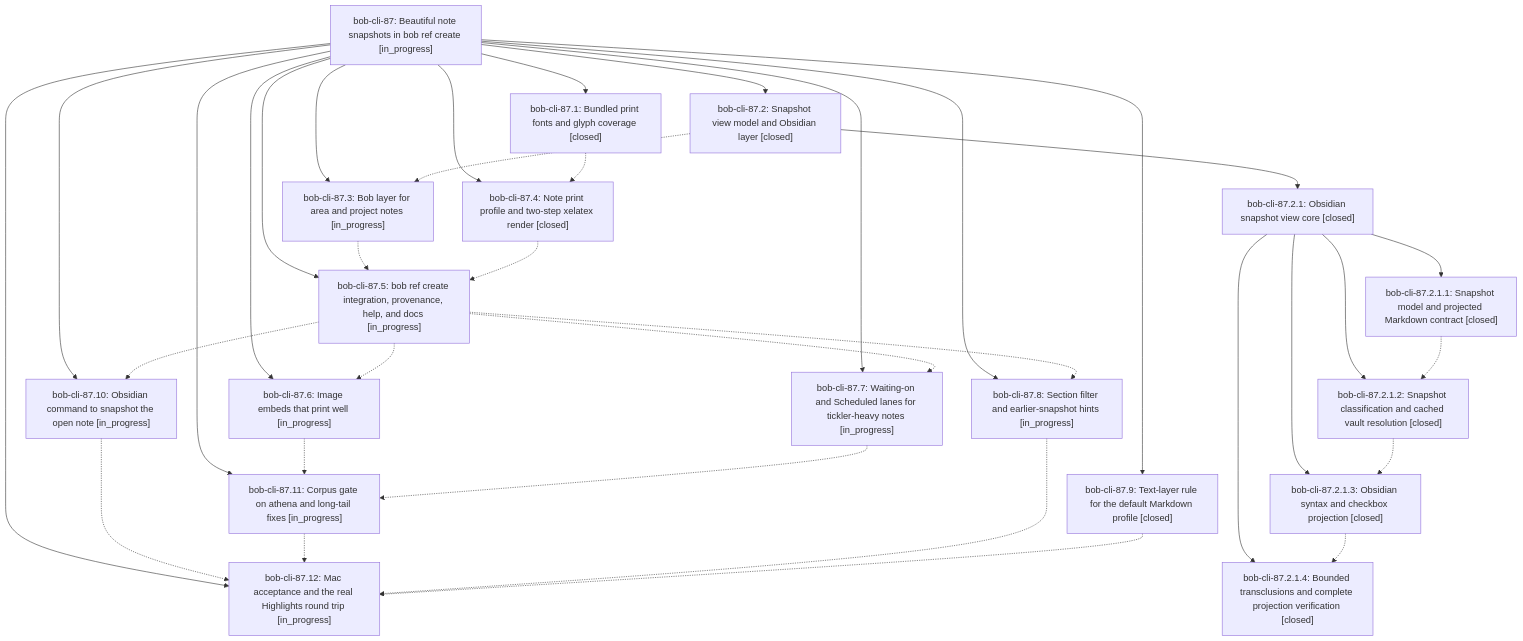
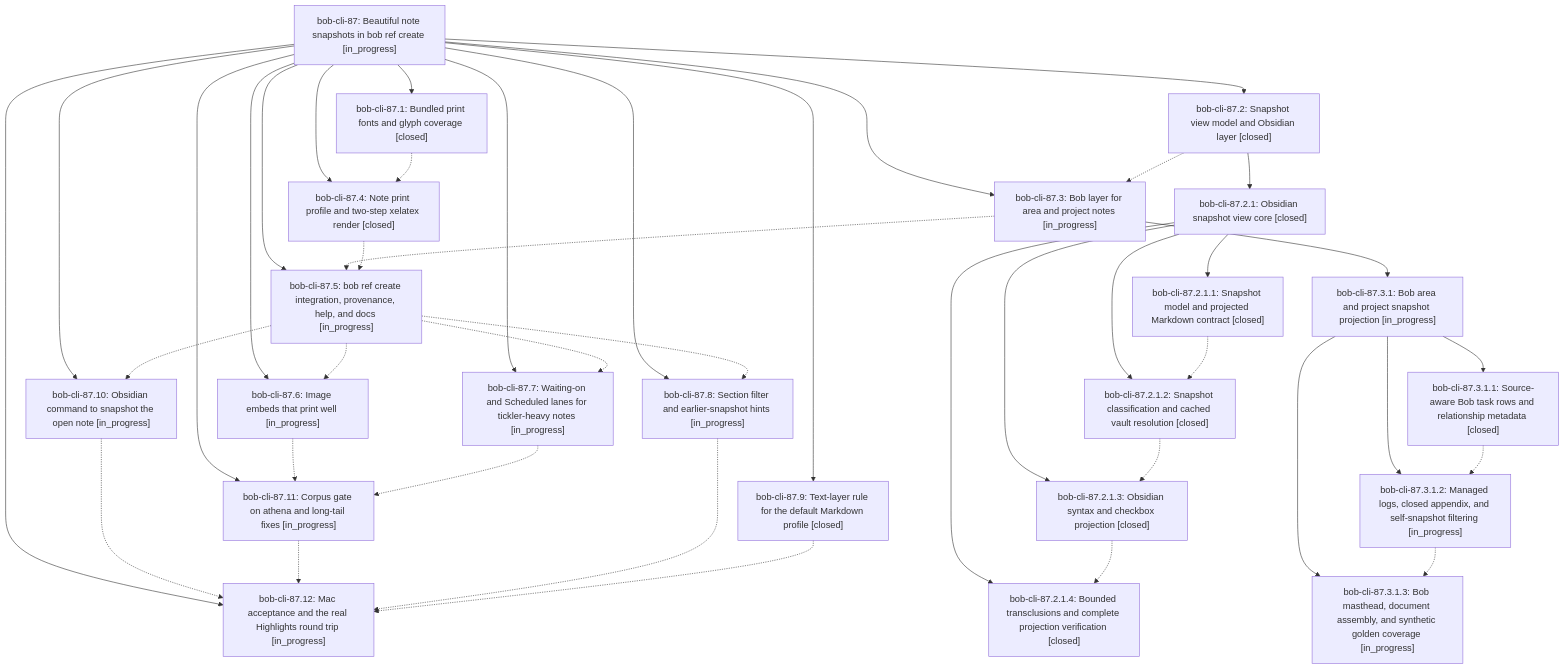
One commit to bobs-org/bob-cli--beads changed the diagram in pages/bob-cli-87/README.md. Above: the diagram before and after it, drawn with Mermaid. The commit also changed other lines of this file and 11 other files, not shown here.

First line of the commit message:
chore(beads): sync bead state and pages for bob-cli-87

````diff
--- a/pages/bob-cli-87/README.md
+++ b/pages/bob-cli-87/README.md
@@ -47,55 +51,65 @@
 ```mermaid
 flowchart TD
     n0["bob-cli-87: Beautiful note snapshots in bob ref create [in_progress]"]
     n1["bob-cli-87.1: Bundled print fonts and glyph coverage [closed]"]
     n2["bob-cli-87.10: Obsidian command to snapshot the open note [in_progress]"]
     n3["bob-cli-87.11: Corpus gate on athena and long-tail fixes [in_progress]"]
     n4["bob-cli-87.12: Mac acceptance and the real Highlights round trip [in_progress]"]
     n5["bob-cli-87.2: Snapshot view model and Obsidian layer [closed]"]
     n6["bob-cli-87.2.1: Obsidian snapshot view core [closed]"]
     n7["bob-cli-87.2.1.1: Snapshot model and projected Markdown contract [closed]"]
     n8["bob-cli-87.2.1.2: Snapshot classification and cached vault resolution [closed]"]
     n9["bob-cli-87.2.1.3: Obsidian syntax and checkbox projection [closed]"]
     n10["bob-cli-87.2.1.4: Bounded transclusions and complete projection verification [closed]"]
     n11["bob-cli-87.3: Bob layer for area and project notes [in_progress]"]
-    n12["bob-cli-87.4: Note print profile and two-step xelatex render [closed]"]
-    n13["bob-cli-87.5: bob ref create integration, provenance, help, and docs [in_progress]"]
-    n14["bob-cli-87.6: Image embeds that print well [in_progress]"]
-    n15["bob-cli-87.7: Waiting-on and Scheduled lanes for tickler-heavy notes [in_progress]"]
-    n16["bob-cli-87.8: Section filter and earlier-snapshot hints [in_progress]"]
-    n17["bob-cli-87.9: Text-layer rule for the default Markdown profile [closed]"]
+    n12["bob-cli-87.3.1: Bob area and project snapshot projection [in_progress]"]
+    n13["bob-cli-87.3.1.1: Source-aware Bob task rows and relationship metadata [closed]"]
+    n14["bob-cli-87.3.1.2: Managed logs, closed appendix, and self-snapshot filtering [in_progress]"]
+    n15["bob-cli-87.3.1.3: Bob masthead, document assembly, and synthetic golden coverage [in_progress]"]
+    n16["bob-cli-87.4: Note print profile and two-step xelatex render [closed]"]
+    n17["bob-cli-87.5: bob ref create integration, provenance, help, and docs [in_progress]"]
+    n18["bob-cli-87.6: Image embeds that print well [in_progress]"]
+    n19["bob-cli-87.7: Waiting-on and Scheduled lanes for tickler-heavy notes [in_progress]"]
+    n20["bob-cli-87.8: Section filter and earlier-snapshot hints [in_progress]"]
+    n21["bob-cli-87.9: Text-layer rule for the default Markdown profile [closed]"]
     n0 --> n1
     n0 --> n2
     n0 --> n3
     n0 --> n4
     n0 --> n5
     n5 --> n6
     n6 --> n7
     n6 --> n8
     n6 --> n9
     n6 --> n10
     n0 --> n11
-    n0 --> n12
-    n0 --> n13
-    n0 --> n14
-    n0 --> n15
+    n11 --> n12
+    n12 --> n13
+    n12 --> n14
+    n12 --> n15
     n0 --> n16
     n0 --> n17
-    n1 -.-> n12
+    n0 --> n18
+    n0 --> n19
+    n0 --> n20
+    n0 --> n21
+    n1 -.-> n16
     n2 -.-> n4
     n3 -.-> n4
     n5 -.-> n11
     n7 -.-> n8
     n8 -.-> n9
     n9 -.-> n10
-    n11 -.-> n13
-    n12 -.-> n13
-    n13 -.-> n2
+    n11 -.-> n17
     n13 -.-> n14
-    n13 -.-> n15
-    n13 -.-> n16
-    n14 -.-> n3
-    n15 -.-> n3
-    n16 -.-> n4
-    n17 -.-> n4
+    n14 -.-> n15
+    n16 -.-> n17
+    n17 -.-> n2
+    n17 -.-> n18
+    n17 -.-> n19
+    n17 -.-> n20
+    n18 -.-> n3
+    n19 -.-> n3
+    n20 -.-> n4
+    n21 -.-> n4
 ```
````
